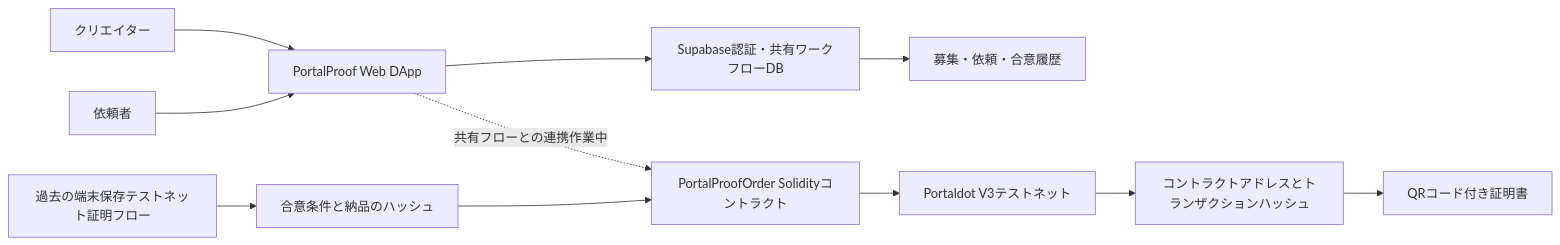
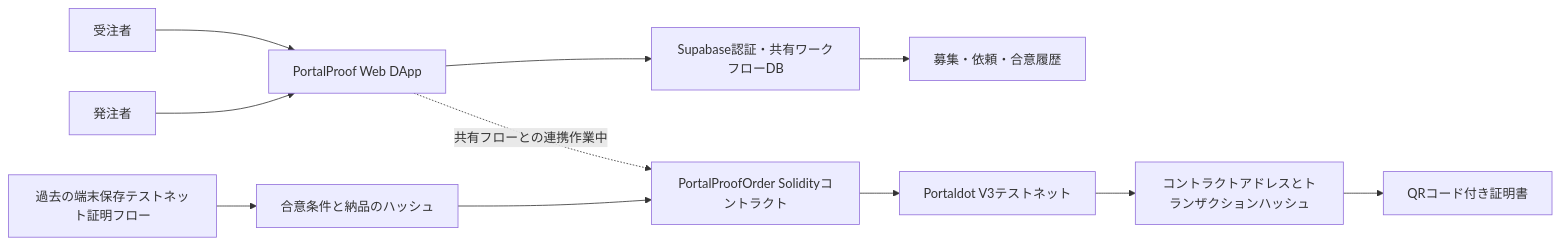
Before and after one commit to nato-san/PortalProof: the second of 2 diagrams in README.md, drawn with Mermaid. The commit also changed other lines of this file and 12 other files, not shown here.

````diff
--- a/README.md
+++ b/README.md
@@ -295,13 +295,13 @@
 ```mermaid
 flowchart LR
-  Creator[クリエイター] --> DApp[PortalProof Web DApp]
-  Client[依頼者] --> DApp
+  Creator[受注者] --> DApp[PortalProof Web DApp]
+  Client[発注者] --> DApp
   DApp --> Shared[Supabase認証・共有ワークフローDB]
   Shared --> Jobs[募集・依頼・合意履歴]
   DApp -. 共有フローとの連携作業中 .-> Contract[PortalProofOrder Solidityコントラクト]
   Historical[過去の端末保存テストネット証明フロー] --> Hash[合意条件と納品のハッシュ]
   Hash --> Contract
   Contract --> V3[Portaldot V3テストネット]
   V3 --> Evidence[コントラクトアドレスとトランザクションハッシュ]
   Evidence --> Cert[QRコード付き証明書]
 ```
````
